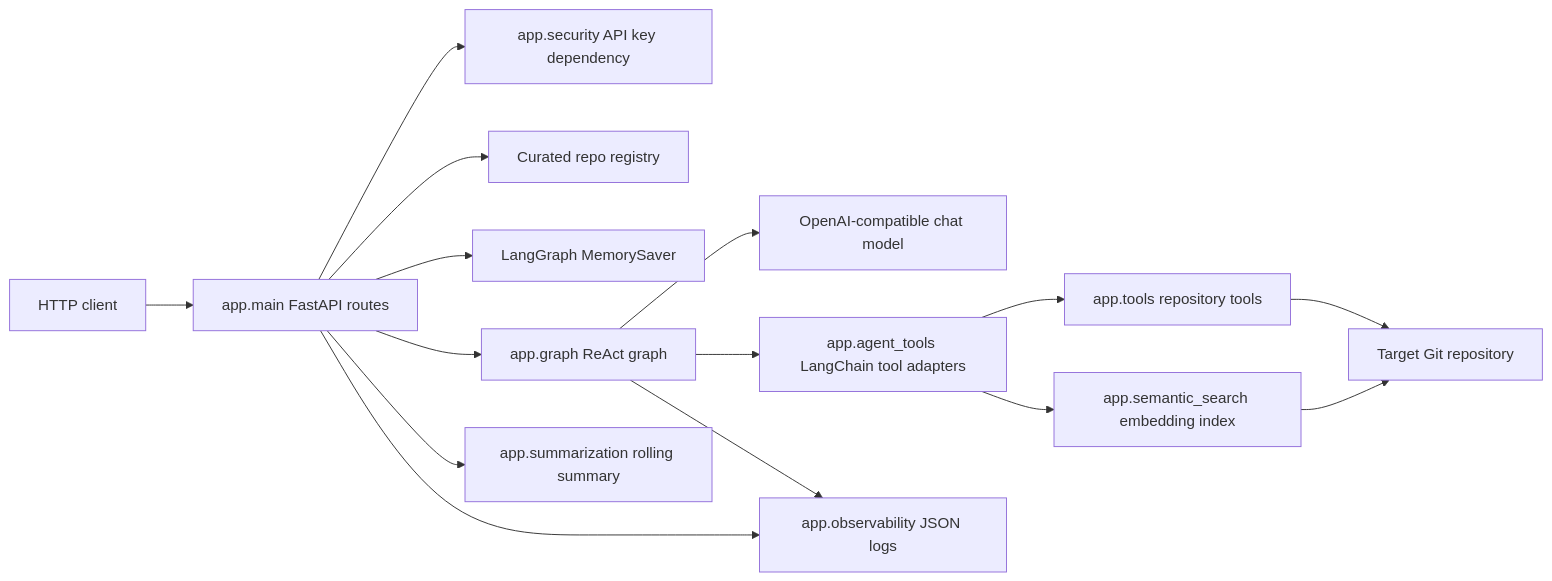
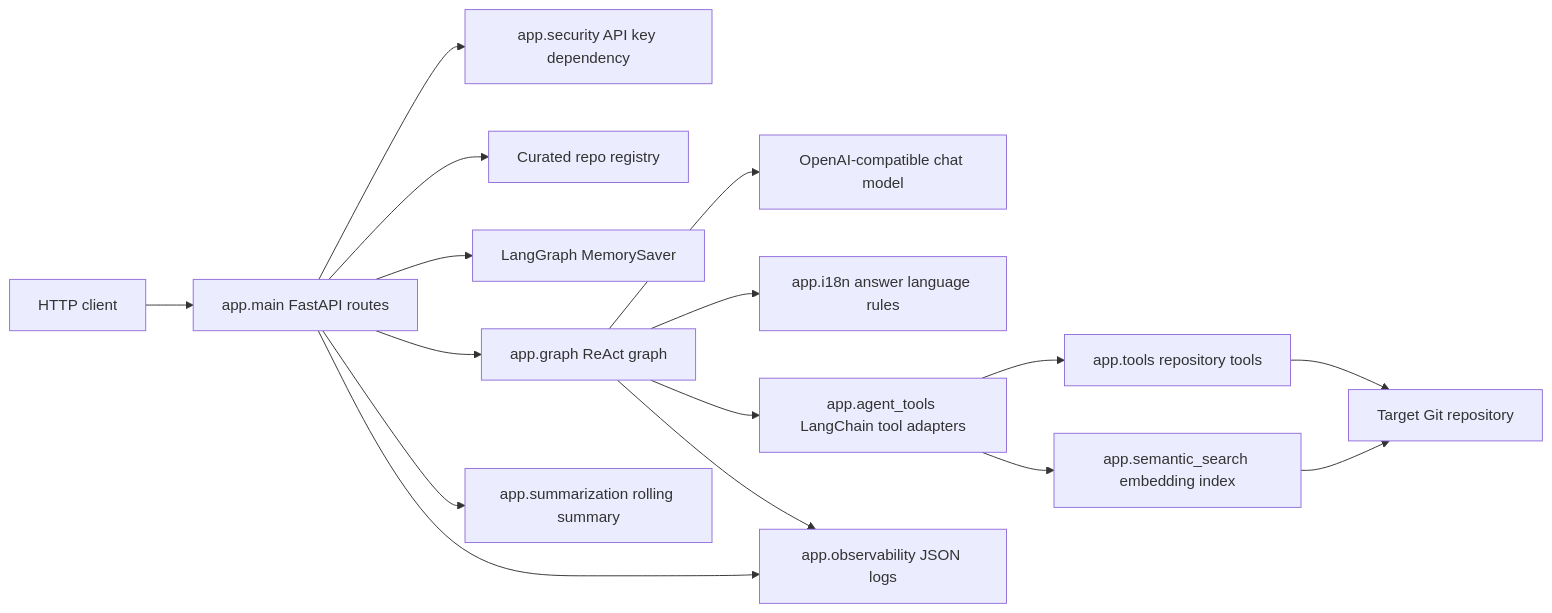
The first of 3 diagrams in docs/architecture.md (Brunotlps/overture), drawn with Mermaid before and after one commit. The commit also changed other lines of this file and 7 other files, not shown here.

````diff
--- a/docs/architecture.md
+++ b/docs/architecture.md
@@ -11,31 +11,33 @@
 ```mermaid
 flowchart LR
     Client[HTTP client]
     FastAPI[app.main FastAPI routes]
     Security[app.security API key dependency]
     Graph[app.graph ReAct graph]
     LLM[OpenAI-compatible chat model]
     AgentTools[app.agent_tools LangChain tool adapters]
+    I18n[app.i18n answer language rules]
     RepoTools[app.tools repository tools]
     Semantic[app.semantic_search embedding index]
     Summary[app.summarization rolling summary]
     Repo[Target Git repository]
     Memory[LangGraph MemorySaver]
     Logs[app.observability JSON logs]
     Registry[Curated repo registry]
 
     Client --> FastAPI
     FastAPI --> Security
     FastAPI --> Registry
     FastAPI --> Memory
     FastAPI --> Graph
     Graph --> LLM
+    Graph --> I18n
     Graph --> AgentTools
     AgentTools --> RepoTools
     AgentTools --> Semantic
     RepoTools --> Repo
     Semantic --> Repo
     FastAPI --> Summary
     FastAPI --> Logs
     Graph --> Logs
 ```
````
